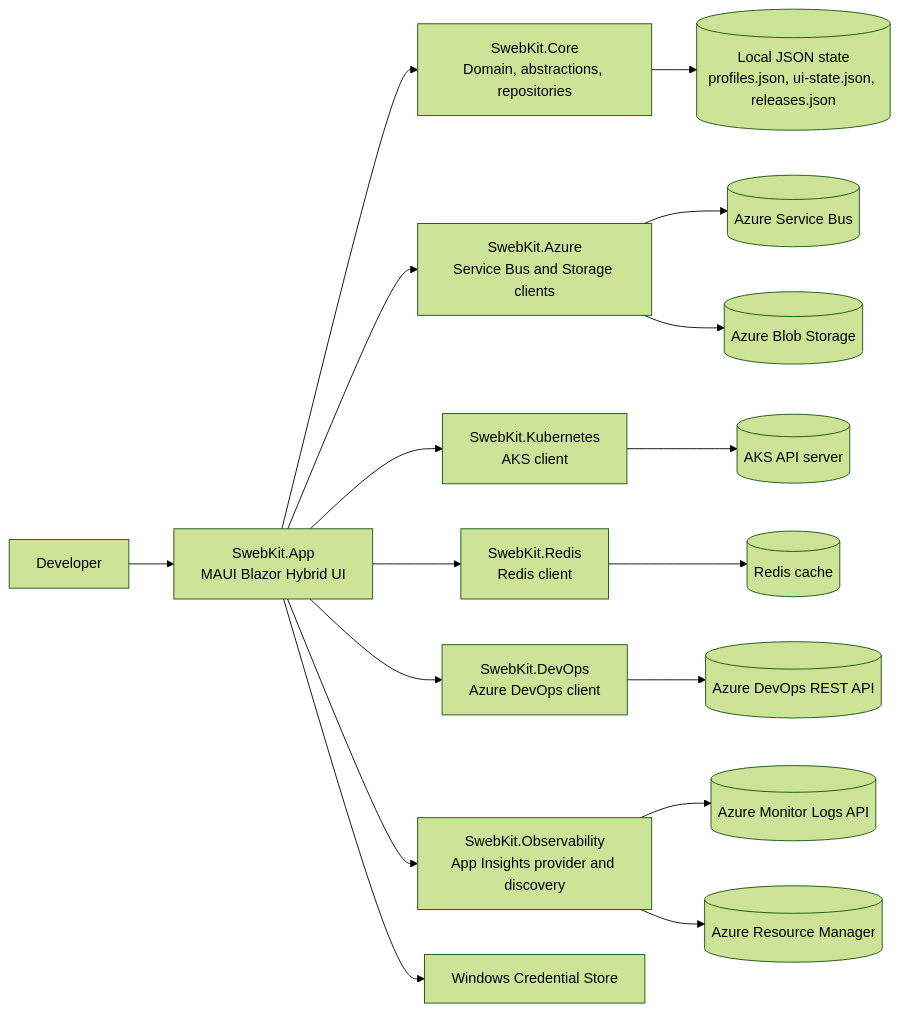
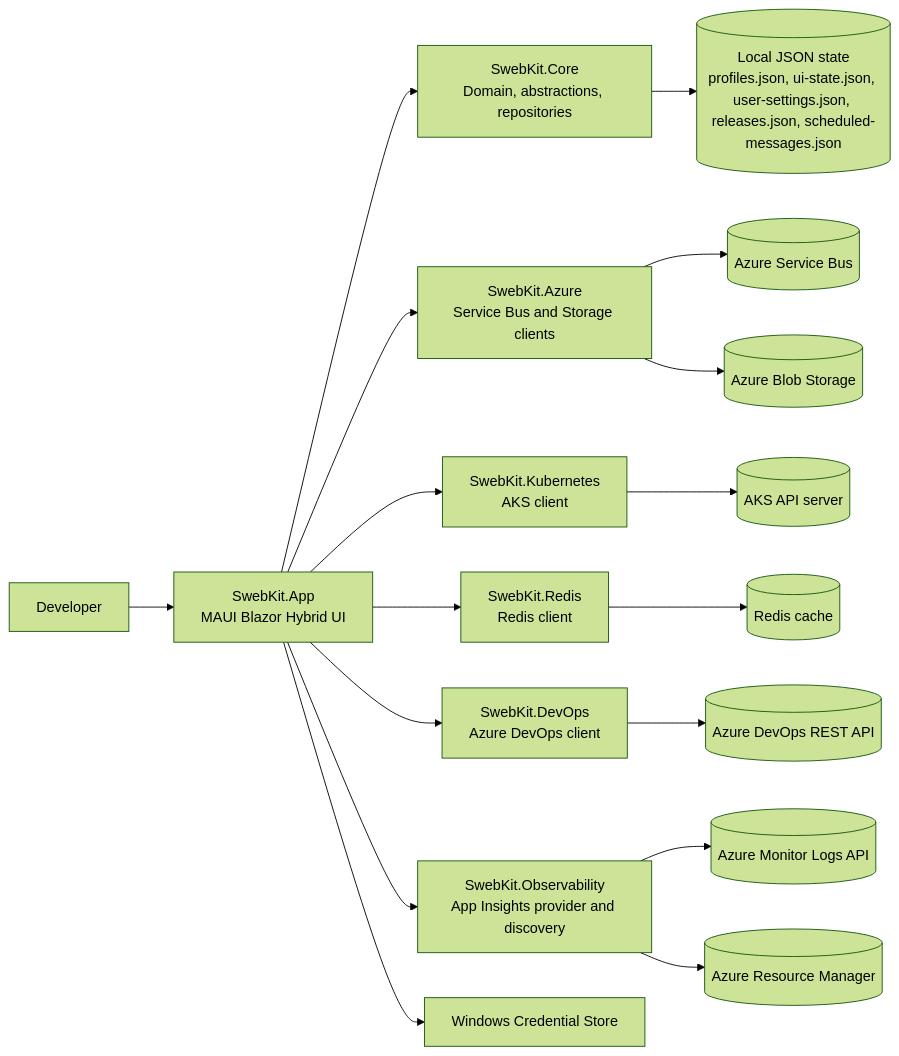
Before and after one commit to SWojtyla/SwebKit: the diagram in docs/architecture/architecture.md, drawn with Mermaid (forest theme). The commit also changed other lines of this file and 40 other files, not shown here.

````diff
--- a/docs/architecture/architecture.md
+++ b/docs/architecture/architecture.md
@@ -28,22 +28,22 @@
 ```mermaid
 flowchart LR
     User[Developer] --> App[SwebKit.App\nMAUI Blazor Hybrid UI]
 
     App --> Core[SwebKit.Core\nDomain, abstractions, repositories]
     App --> Azure[SwebKit.Azure\nService Bus and Storage clients]
     App --> K8s[SwebKit.Kubernetes\nAKS client]
     App --> Redis[SwebKit.Redis\nRedis client]
     App --> DevOps[SwebKit.DevOps\nAzure DevOps client]
     App --> Obs[SwebKit.Observability\nApp Insights provider and discovery]
     App --> Cred[Windows Credential Store]
 
-    Core --> LocalState[(Local JSON state\nprofiles.json, ui-state.json, releases.json)]
+    Core --> LocalState[(Local JSON state\nprofiles.json, ui-state.json, user-settings.json, releases.json, scheduled-messages.json)]
 
     Azure --> SB[(Azure Service Bus)]
     Azure --> Blob[(Azure Blob Storage)]
     K8s --> AksApi[(AKS API server)]
     Redis --> RedisSvc[(Redis cache)]
     DevOps --> Ado[(Azure DevOps REST API)]
     Obs --> Monitor[(Azure Monitor Logs API)]
     Obs --> Arm[(Azure Resource Manager)]
 ```
````
